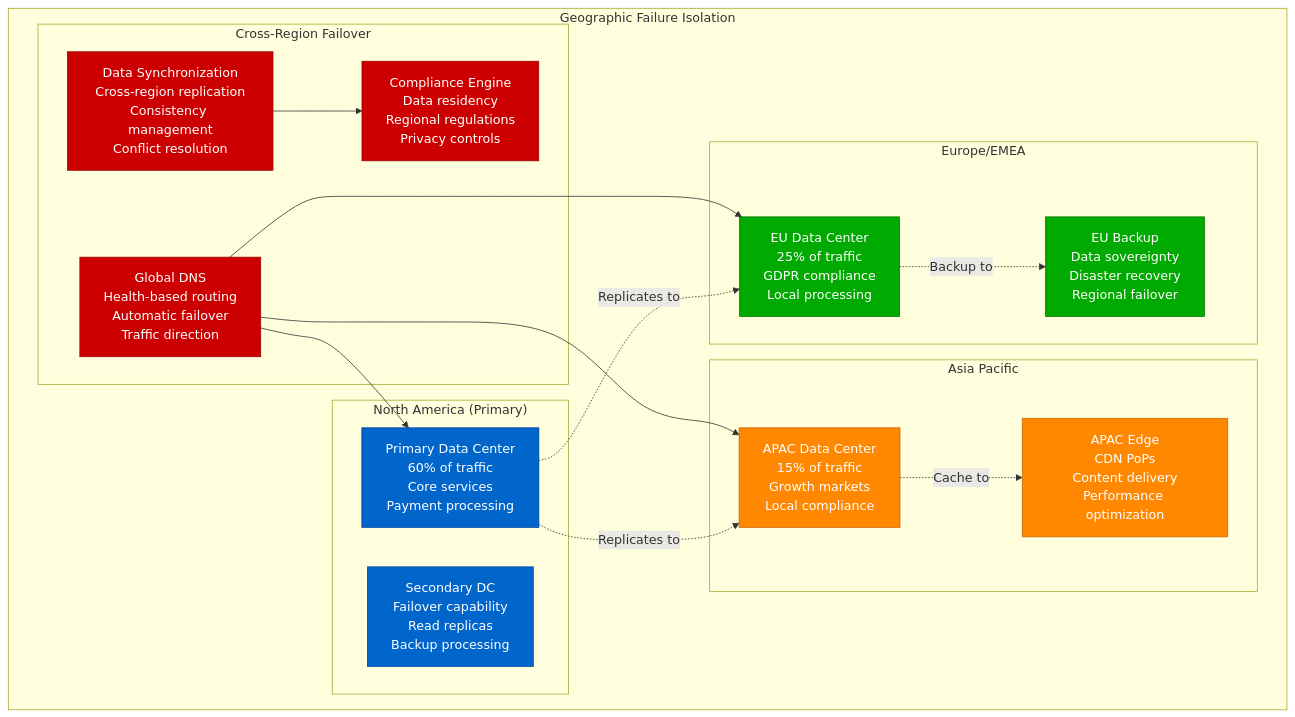
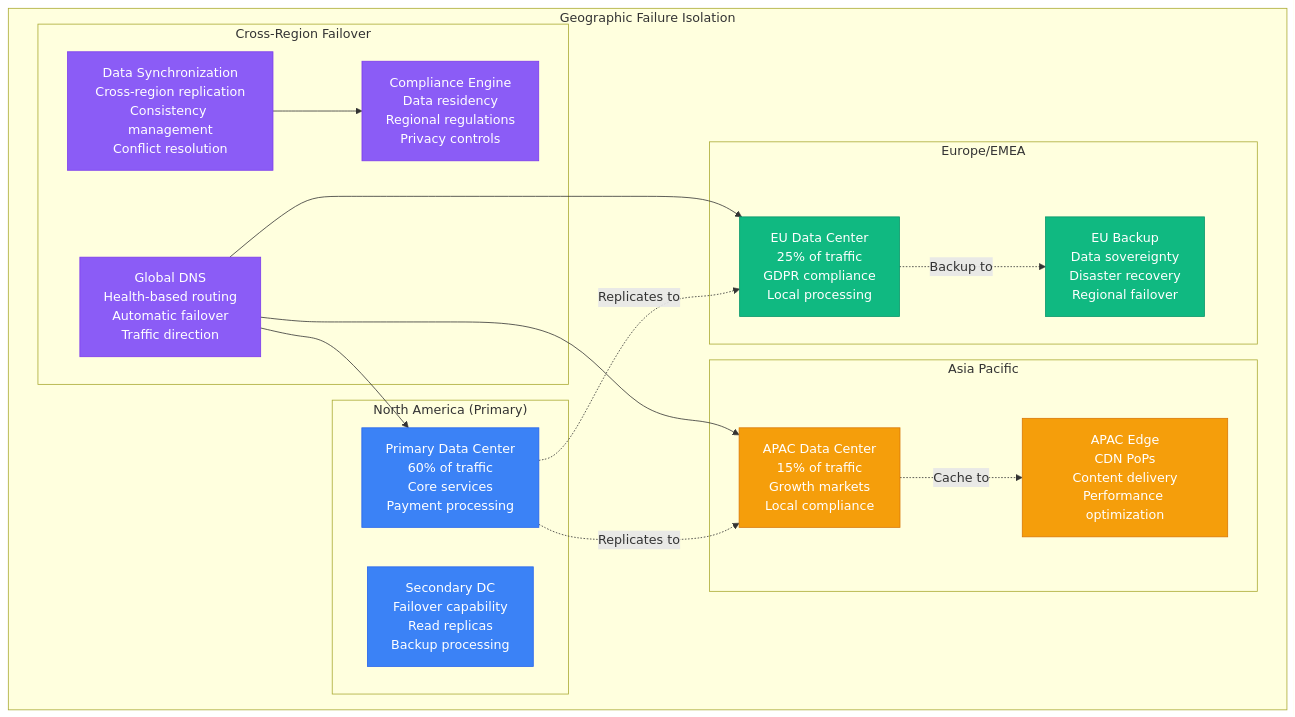
The seventh of 9 diagrams in site/docs/systems/shopify/failure-domains.md (deepaucksharma/DS), drawn with Mermaid before and after one commit. The commit also changed other lines of this file and 303 other files, not shown here.

````diff
--- a/site/docs/systems/shopify/failure-domains.md
+++ b/site/docs/systems/shopify/failure-domains.md
@@ -336,48 +336,48 @@
 ```mermaid
 graph TB
     subgraph "Geographic Failure Isolation"
         subgraph "North America (Primary)"
             NA_PRIMARY[Primary Data Center<br/>60% of traffic<br/>Core services<br/>Payment processing]
             NA_SECONDARY[Secondary DC<br/>Failover capability<br/>Read replicas<br/>Backup processing]
         end
 
         subgraph "Europe/EMEA"
             EU_DATACENTER[EU Data Center<br/>25% of traffic<br/>GDPR compliance<br/>Local processing]
             EU_BACKUP[EU Backup<br/>Data sovereignty<br/>Disaster recovery<br/>Regional failover]
         end
 
         subgraph "Asia Pacific"
             APAC_DATACENTER[APAC Data Center<br/>15% of traffic<br/>Growth markets<br/>Local compliance]
             APAC_EDGE[APAC Edge<br/>CDN PoPs<br/>Content delivery<br/>Performance optimization]
         end
 
         subgraph "Cross-Region Failover"
             GLOBAL_DNS[Global DNS<br/>Health-based routing<br/>Automatic failover<br/>Traffic direction]
             DATA_SYNC[Data Synchronization<br/>Cross-region replication<br/>Consistency management<br/>Conflict resolution]
             COMPLIANCE[Compliance Engine<br/>Data residency<br/>Regional regulations<br/>Privacy controls]
         end
     end
 
     %% Geographic relationships
     NA_PRIMARY -.->|Replicates to| EU_DATACENTER
     NA_PRIMARY -.->|Replicates to| APAC_DATACENTER
     EU_DATACENTER -.->|Backup to| EU_BACKUP
     APAC_DATACENTER -.->|Cache to| APAC_EDGE
 
     %% Global coordination
     GLOBAL_DNS --> NA_PRIMARY
     GLOBAL_DNS --> EU_DATACENTER
     GLOBAL_DNS --> APAC_DATACENTER
     DATA_SYNC --> COMPLIANCE
 
     %% Apply geographic colors
-    classDef naStyle fill:#0066CC,stroke:#004499,color:#fff
-    classDef euStyle fill:#00AA00,stroke:#007700,color:#fff
-    classDef apacStyle fill:#FF8800,stroke:#CC6600,color:#fff
-    classDef globalStyle fill:#CC0000,stroke:#990000,color:#fff
+    classDef naStyle fill:#3B82F6,stroke:#2563EB,color:#fff
+    classDef euStyle fill:#10B981,stroke:#059669,color:#fff
+    classDef apacStyle fill:#F59E0B,stroke:#D97706,color:#fff
+    classDef globalStyle fill:#8B5CF6,stroke:#7C3AED,color:#fff
 
     class NA_PRIMARY,NA_SECONDARY naStyle
     class EU_DATACENTER,EU_BACKUP euStyle
     class APAC_DATACENTER,APAC_EDGE apacStyle
     class GLOBAL_DNS,DATA_SYNC,COMPLIANCE globalStyle
 ```
````
